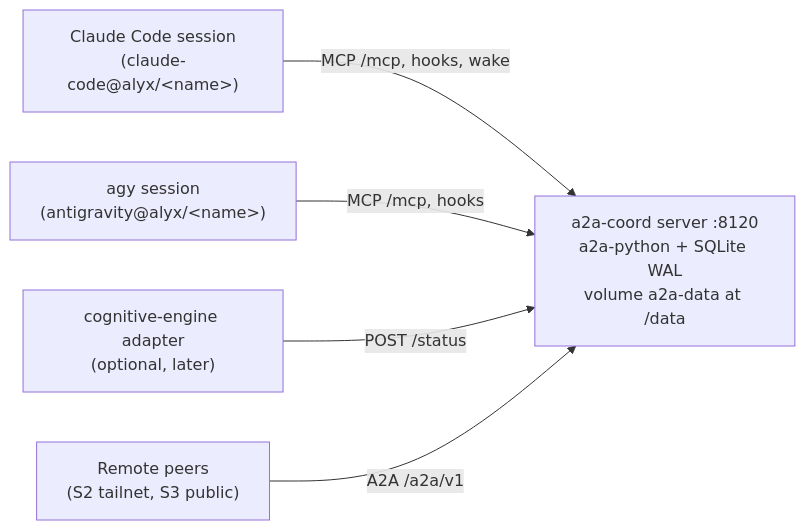
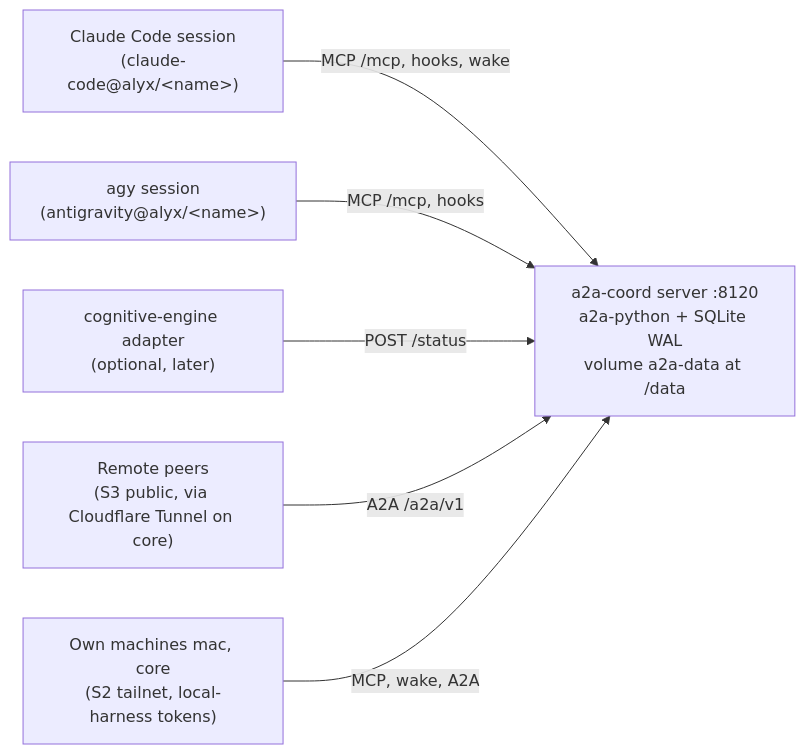
Before and after one commit to rockad/agentic-hub: the first of 2 diagrams in plugins/coordination/docs/plans/consolidated-bridge-v2-plan.md, drawn with Mermaid. The commit also changed other lines of this file and 12 other files, not shown here.

````diff
--- a/plugins/coordination/docs/plans/consolidated-bridge-v2-plan.md
+++ b/plugins/coordination/docs/plans/consolidated-bridge-v2-plan.md
@@ -27,8 +27,9 @@
 ```mermaid
 flowchart LR
     CC["Claude Code session<br/>(claude-code@alyx/&lt;name&gt;)"] -->|"MCP /mcp, hooks, wake"| SRV
     AGY["agy session<br/>(antigravity@alyx/&lt;name&gt;)"] -->|"MCP /mcp, hooks"| SRV
     SRV["a2a-coord server :8120<br/>a2a-python + SQLite WAL<br/>volume a2a-data at /data"]
     CE["cognitive-engine adapter<br/>(optional, later)"] -->|"POST /status"| SRV
-    REM["Remote peers<br/>(S2 tailnet, S3 public)"] -->|"A2A /a2a/v1"| SRV
+    REM["Remote peers<br/>(S3 public, via Cloudflare Tunnel on core)"] -->|"A2A /a2a/v1"| SRV
+    OWN["Own machines mac, core<br/>(S2 tailnet, local-harness tokens)"] -->|"MCP, wake, A2A"| SRV
 ```
````
